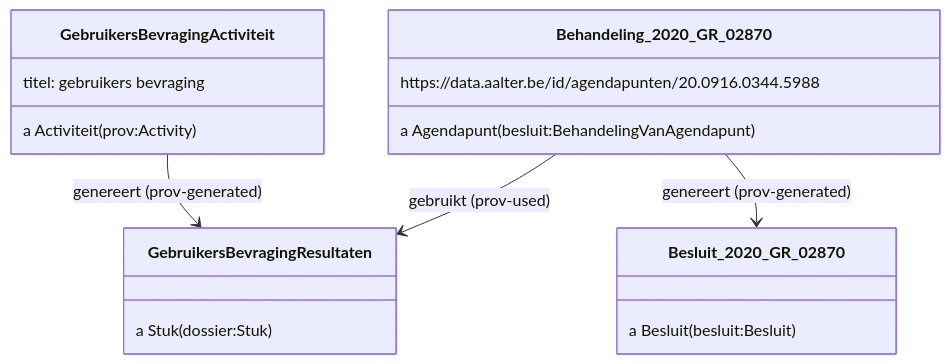
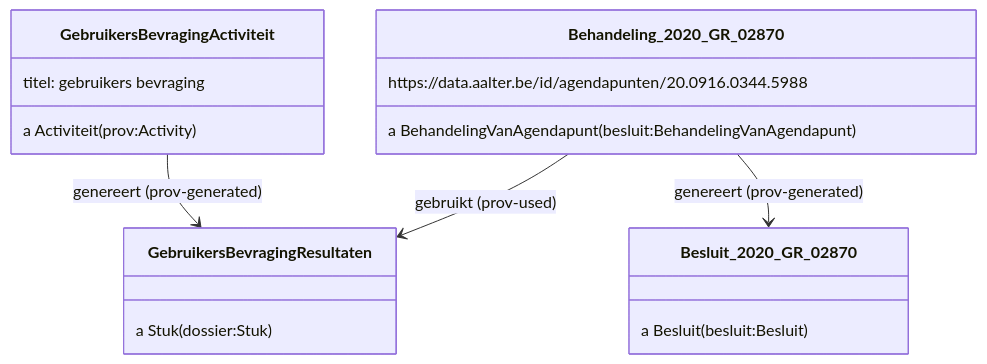
Before and after one commit to Informatievlaanderen/OSLOthema-slimmeRaadpleegOmgeving: diagram 13 of 16 in README.md, drawn with Mermaid.

````diff
--- a/README.md
+++ b/README.md
@@ -547,27 +547,27 @@
 ```mermaid
 classDiagram
 
 class GebruikersBevragingActiviteit {
     <https://data.aalter.be/id/activiteiten/92bd7458-6939-47f7-a96d-50e23fcd8338>
     a Activiteit (prov:Activity)
     titel: gebruikers bevraging
 }
 class GebruikersBevragingResultaten {
     <https://data.aalter.be/id/stuk/92bd7458-6939-47f7-a96d-50e23fcd83389>
     a Stuk (dossier:Stuk)
 }
 
 class Behandeling_2020_GR_02870 {
-    a Agendapunt (besluit:BehandelingVanAgendapunt)
+    a BehandelingVanAgendapunt (besluit:BehandelingVanAgendapunt)
     https://data.aalter.be/id/agendapunten/20.0916.0344.5988
 }
 
 class Besluit_2020_GR_02870 {
     a Besluit (besluit:Besluit)
 
 }
 
 GebruikersBevragingActiviteit --> GebruikersBevragingResultaten: genereert (prov-generated)
 Behandeling_2020_GR_02870 --> GebruikersBevragingResultaten: gebruikt (prov-used)
 Behandeling_2020_GR_02870 --> Besluit_2020_GR_02870: genereert (prov-generated)
 ```
````
